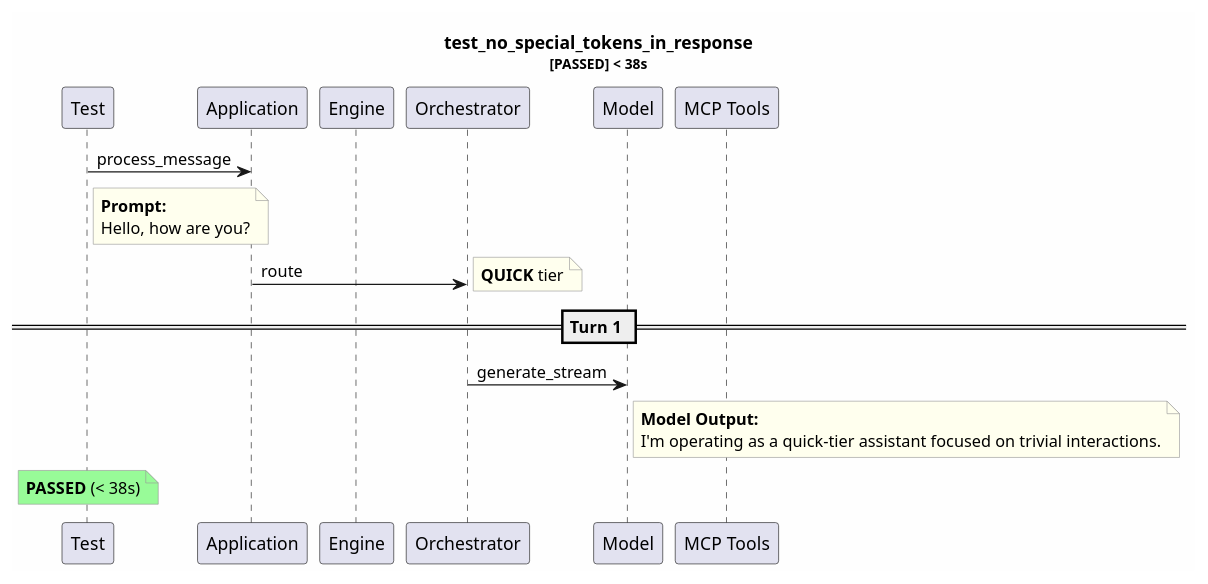
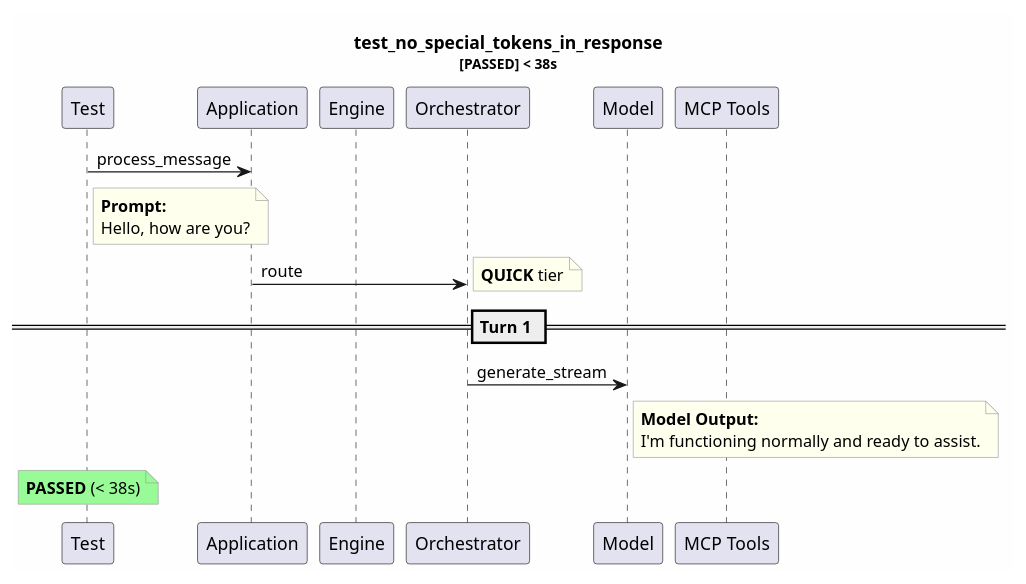
Before and after one commit to tvanfossen/entropic: the diagram in test-reports/logs/test_no_special_tokens_in_response/test_no_special_tokens_in_response.puml, drawn with PlantUML. The commit also changed 15 other files, not shown here.

```diff
--- a/test-reports/logs/test_no_special_tokens_in_response/test_no_special_tokens_in_response.puml
+++ b/test-reports/logs/test_no_special_tokens_in_response/test_no_special_tokens_in_response.puml
@@ -1,31 +1,31 @@
 @startuml
 skinparam backgroundColor #FEFEFE
 skinparam noteBorderColor #999999
 skinparam noteBackgroundColor #FFFFEE
 title test_no_special_tokens_in_response\n<size:11>[PASSED] < 38s</size>
 
 participant "Test" as T
 participant "Application" as App
 participant "Engine" as Eng
 participant "Orchestrator" as Orch
 participant "Model" as Mdl
 participant "MCP Tools" as MCP
 
 T -> App: process_message
 note right of T
   **Prompt:**
   Hello, how are you?
 end note
 App -> Orch: route
 note right: **QUICK** tier
 == Turn 1 ==
 Orch -> Mdl: generate_stream
 note right of Mdl
   **Model Output:**
-  I'm operating as a quick-tier assistant focused on trivial interactions.
+  I'm functioning normally and ready to assist.
 end note
 note over T #palegreen
   **PASSED** (< 38s)
 end note
 
 @enduml
```
